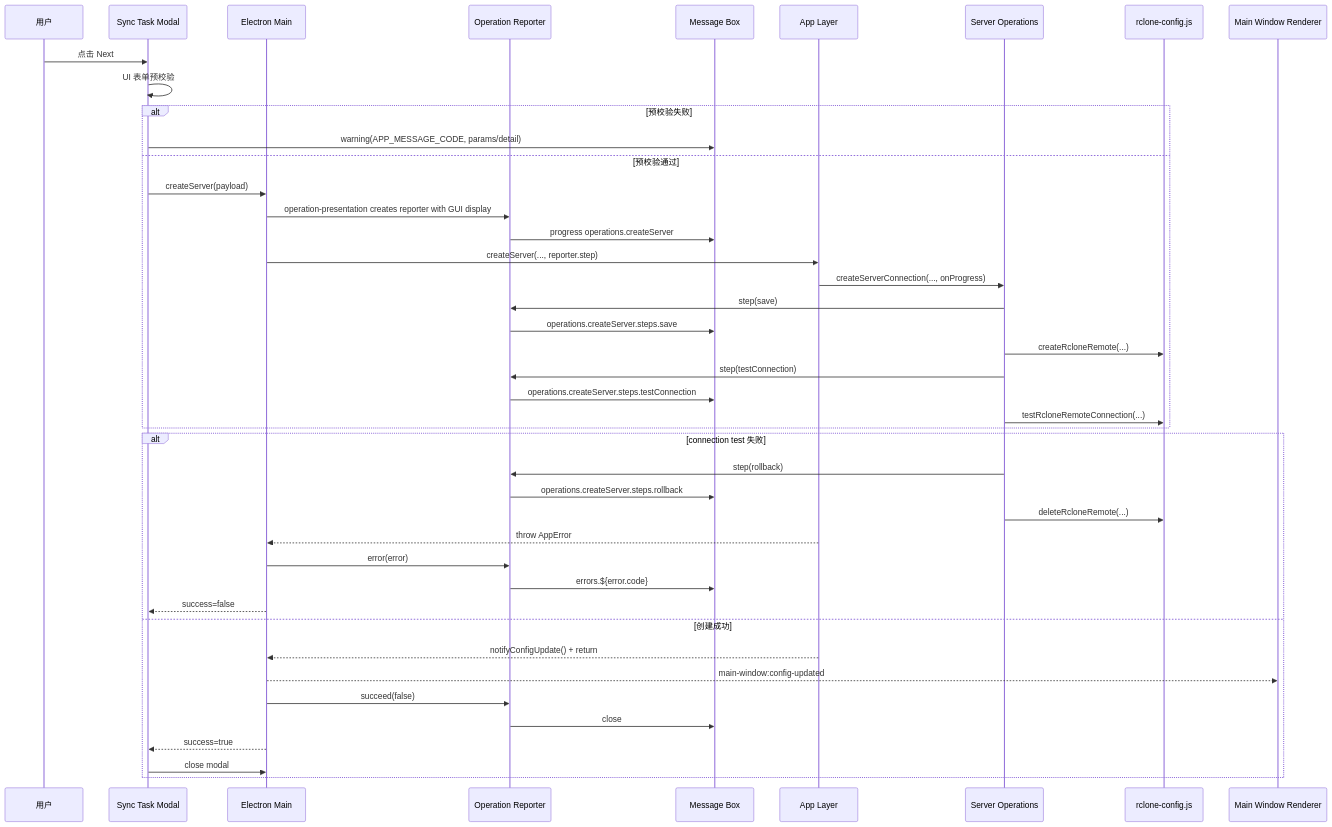
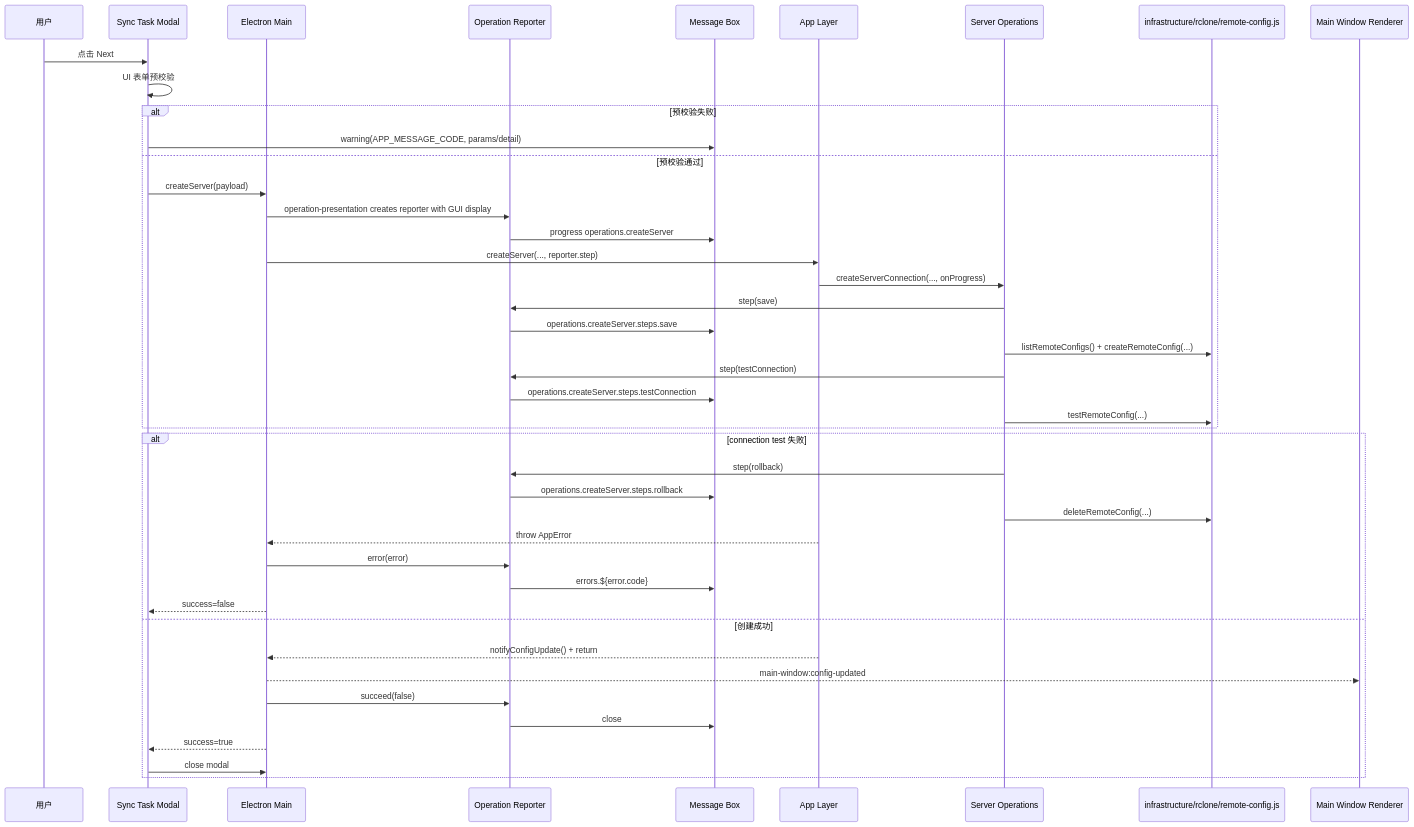
Before and after one commit to agalloch21/sync-with-rclone: diagram 13 of 15 in docs/Flows.md, drawn with Mermaid. The commit also changed other lines of this file and 15 other files, not shown here.

Commit message:
split rclone-config and app-config

````diff
--- a/docs/Flows.md
+++ b/docs/Flows.md
@@ -382,46 +382,46 @@
 ```mermaid
 sequenceDiagram
   participant U as 用户
   participant M as Sync Task Modal
   participant EM as Electron Main
   participant OR as Operation Reporter
   participant MB as Message Box
   participant APP as App Layer
   participant SO as Server Operations
-  participant RC as rclone-config.js
+  participant RC as infrastructure/rclone/remote-config.js
   participant MW as Main Window Renderer
 
   U->>M: 点击 Next
   M->>M: UI 表单预校验
   alt 预校验失败
     M->>MB: warning(APP_MESSAGE_CODE, params/detail)
   else 预校验通过
     M->>EM: createServer(payload)
     EM->>OR: operation-presentation creates reporter with GUI display
     OR->>MB: progress operations.createServer
     EM->>APP: createServer(..., reporter.step)
     APP->>SO: createServerConnection(..., onProgress)
     SO->>OR: step(save)
     OR->>MB: operations.createServer.steps.save
-    SO->>RC: createRcloneRemote(...)
+    SO->>RC: listRemoteConfigs() + createRemoteConfig(...)
     SO->>OR: step(testConnection)
     OR->>MB: operations.createServer.steps.testConnection
-    SO->>RC: testRcloneRemoteConnection(...)
+    SO->>RC: testRemoteConfig(...)
   end
   alt connection test 失败
     SO->>OR: step(rollback)
     OR->>MB: operations.createServer.steps.rollback
-    SO->>RC: deleteRcloneRemote(...)
+    SO->>RC: deleteRemoteConfig(...)
     APP-->>EM: throw AppError
     EM->>OR: error(error)
     OR->>MB: errors.${error.code}
     EM-->>M: success=false
   else 创建成功
     APP-->>EM: notifyConfigUpdate() + return
     EM-->>MW: main-window:config-updated
     EM->>OR: succeed(false)
     OR->>MB: close
     EM-->>M: success=true
     M->>EM: close modal
   end
 ```
````
